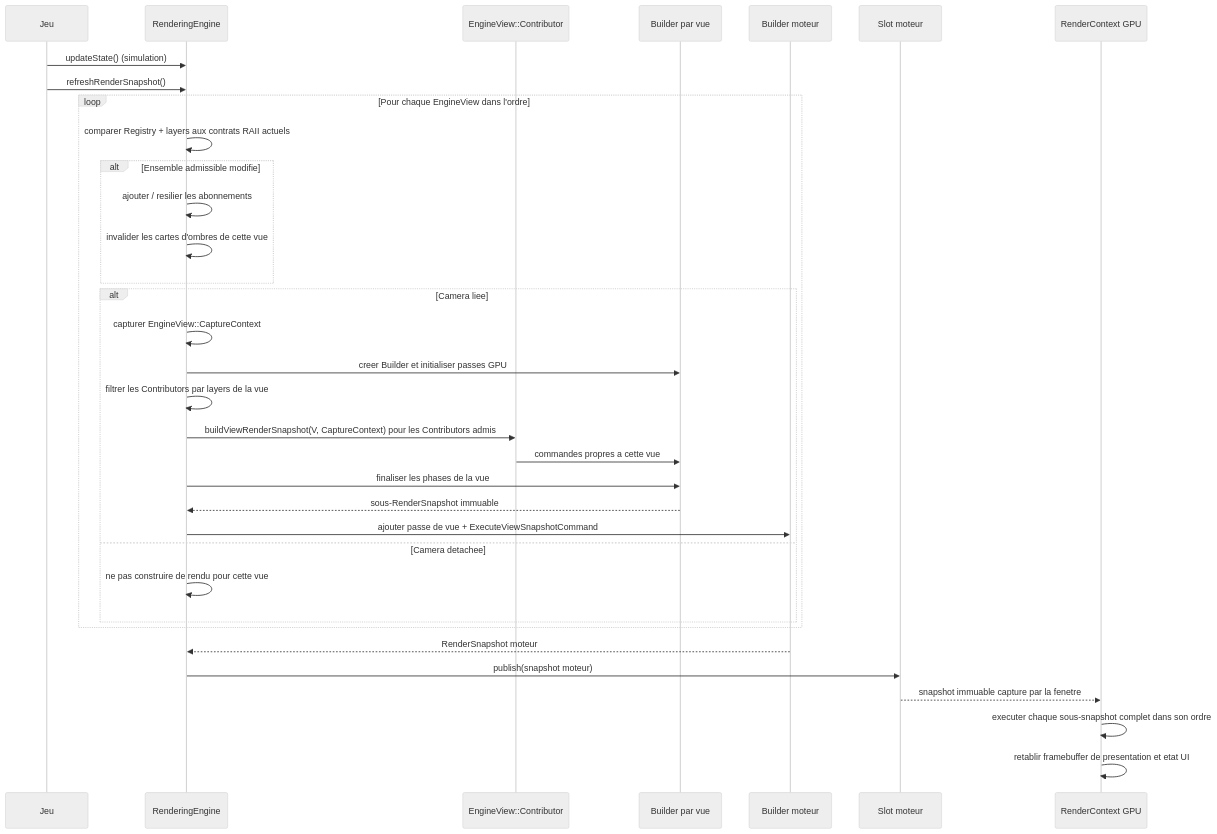
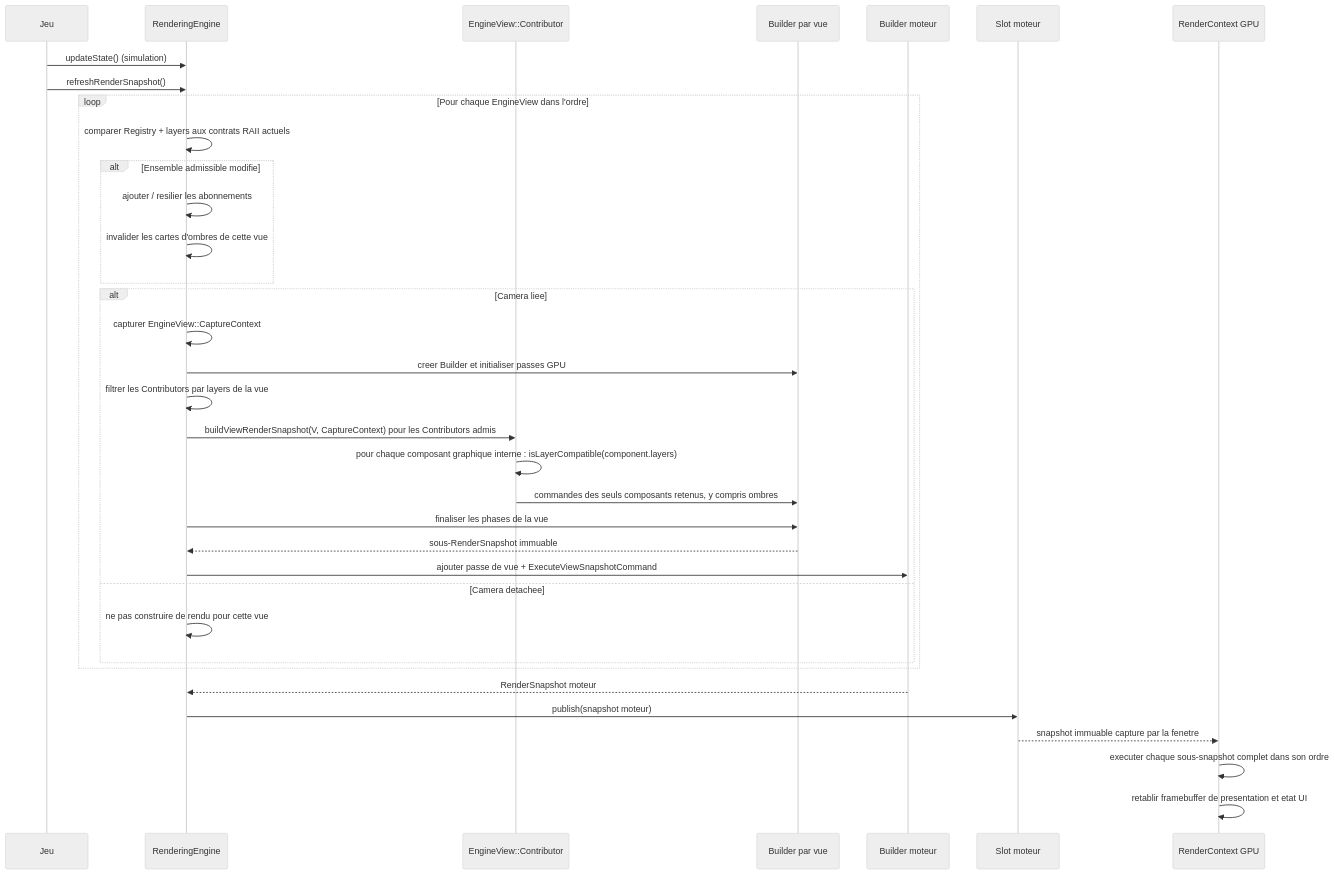
The ninth of 13 diagrams in docs/voxel-engine-v0.1.4-specification.md (EreliaStudio/Sparkle), drawn with Mermaid (neutral theme) before and after one commit. The commit also changed other lines of this file, not shown here.

Commit message:
docs(v0.1.4): delegate internal voxel component layer filtering to VoxelRenderingSystem

````diff
--- a/docs/voxel-engine-v0.1.4-specification.md
+++ b/docs/voxel-engine-v0.1.4-specification.md
@@ -819,36 +821,37 @@
 ```mermaid
 sequenceDiagram
   participant G as Jeu
   participant E as RenderingEngine
   participant C as EngineView::Contributor
   participant V as Builder par vue
   participant M as Builder moteur
   participant S as Slot moteur
   participant R as RenderContext GPU
   G->>E: updateState() (simulation)
   G->>E: refreshRenderSnapshot()
   loop Pour chaque EngineView dans l'ordre
     E->>E: comparer Registry + layers aux contrats RAII actuels
     alt Ensemble admissible modifie
       E->>E: ajouter / resilier les abonnements
       E->>E: invalider les cartes d'ombres de cette vue
     end
     alt Camera liee
       E->>E: capturer EngineView::CaptureContext
       E->>V: creer Builder et initialiser passes GPU
       E->>E: filtrer les Contributors par layers de la vue
       E->>C: buildViewRenderSnapshot(V, CaptureContext) pour les Contributors admis
-      C->>V: commandes propres a cette vue
+      C->>C: pour chaque composant graphique interne : isLayerCompatible(component.layers)
+      C->>V: commandes des seuls composants retenus, y compris ombres
       E->>V: finaliser les phases de la vue
       V-->>E: sous-RenderSnapshot immuable
       E->>M: ajouter passe de vue + ExecuteViewSnapshotCommand
     else Camera detachee
       E->>E: ne pas construire de rendu pour cette vue
     end
   end
   M-->>E: RenderSnapshot moteur
   E->>S: publish(snapshot moteur)
   S-->>R: snapshot immuable capture par la fenetre
   R->>R: executer chaque sous-snapshot complet dans son ordre
   R->>R: retablir framebuffer de presentation et etat UI
 ```
````
